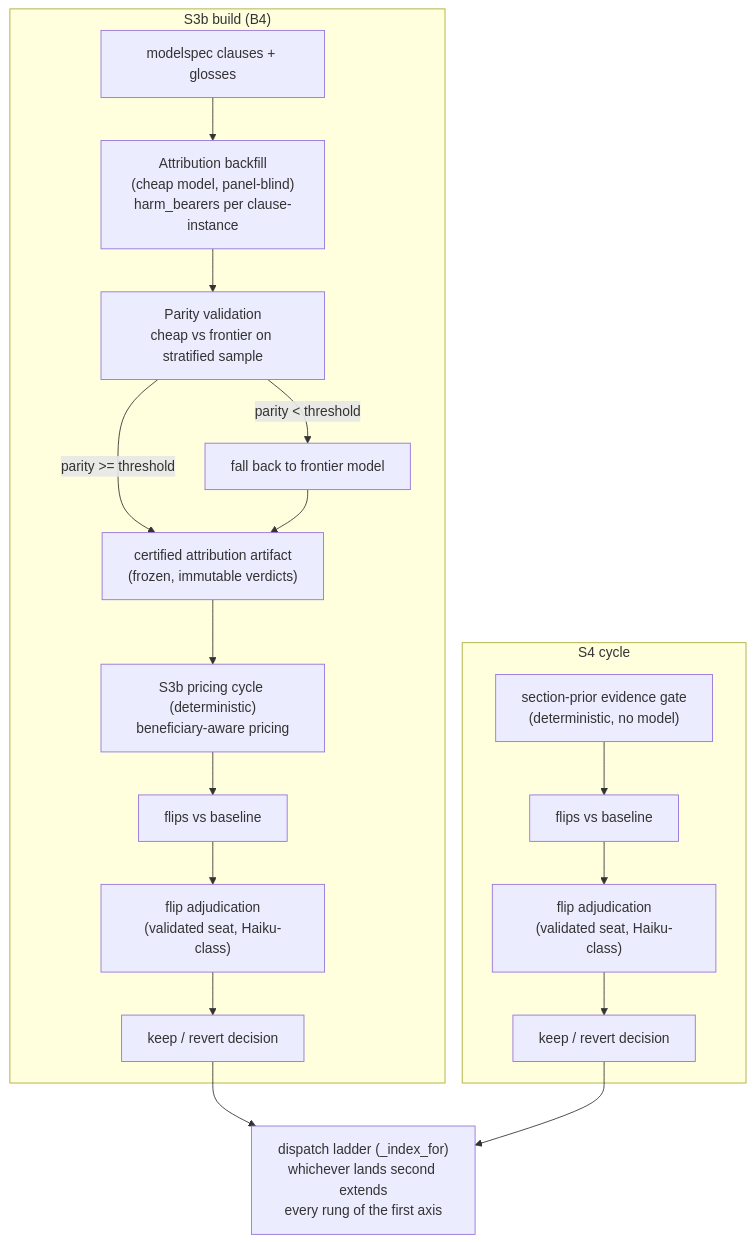
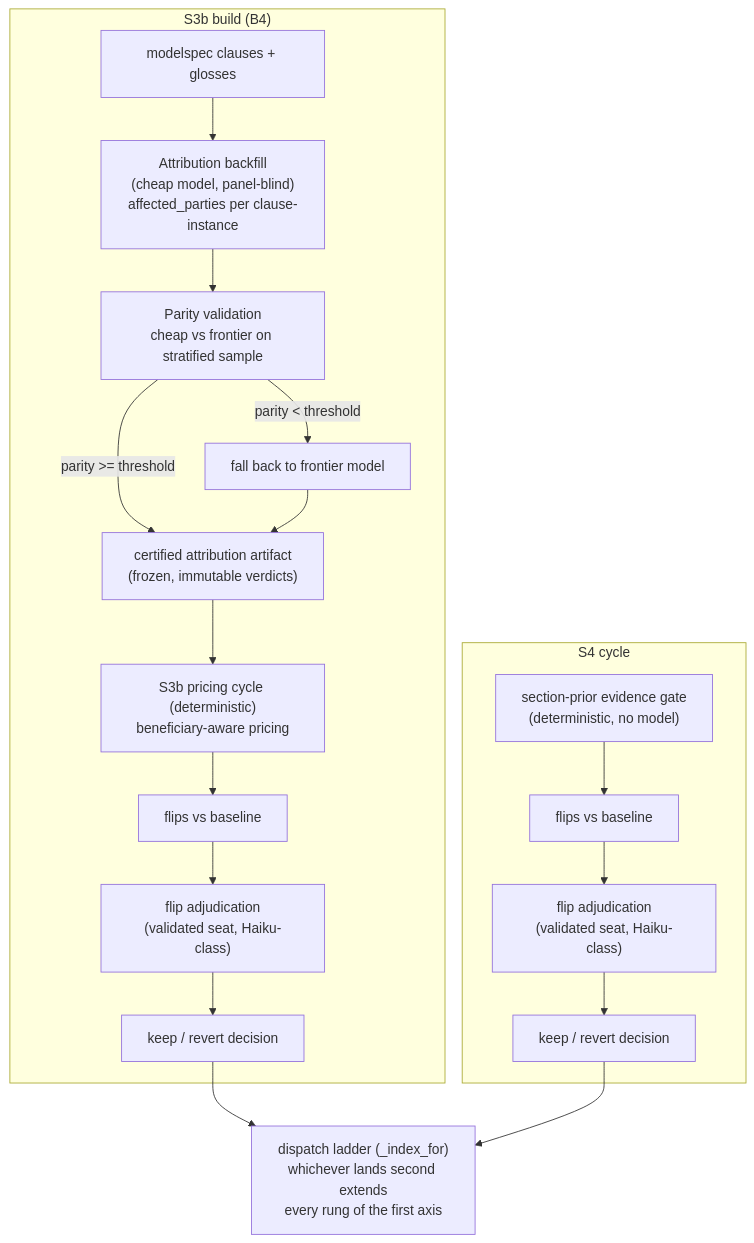
The diagram in semi-formal-experiment/BUILD_OVERVIEW.md (MattStults/semi-formal-document-analysis), drawn with Mermaid before and after one commit. The commit also changed other lines of this file and 1 other file, not shown here.

````diff
--- a/semi-formal-experiment/BUILD_OVERVIEW.md
+++ b/semi-formal-experiment/BUILD_OVERVIEW.md
@@ -64,23 +75,23 @@
 ```mermaid
 flowchart TD
     subgraph S3B["S3b build (B4)"]
-        CL["modelspec clauses + glosses"] --> AB["Attribution backfill<br/>(cheap model, panel-blind)<br/>harm_bearers per clause-instance"]
+        CL["modelspec clauses + glosses"] --> AB["Attribution backfill<br/>(cheap model, panel-blind)<br/>affected_parties per clause-instance"]
         AB --> PV["Parity validation<br/>cheap vs frontier on stratified sample"]
         PV -->|parity >= threshold| CERT["certified attribution artifact<br/>(frozen, immutable verdicts)"]
         PV -->|parity < threshold| FALLBACK["fall back to frontier model"]
         FALLBACK --> CERT
         CERT --> PRICE["S3b pricing cycle (deterministic)<br/>beneficiary-aware pricing"]
         PRICE --> FLIPS3["flips vs baseline"]
         FLIPS3 --> ADJ["flip adjudication<br/>(validated seat, Haiku-class)"]
         ADJ --> DEC3["keep / revert decision"]
     end
 
     subgraph S4["S4 cycle"]
         GATE["section-prior evidence gate<br/>(deterministic, no model)"] --> FLIPS4["flips vs baseline"]
         FLIPS4 --> ADJ2["flip adjudication<br/>(validated seat, Haiku-class)"]
         ADJ2 --> DEC4["keep / revert decision"]
     end
 
     DEC3 --> LADDER["dispatch ladder (_index_for)<br/>whichever lands second extends<br/>every rung of the first axis"]
     DEC4 --> LADDER
 ```
````
